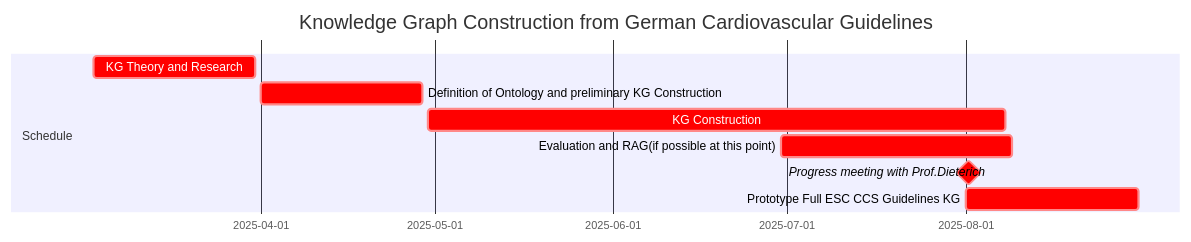
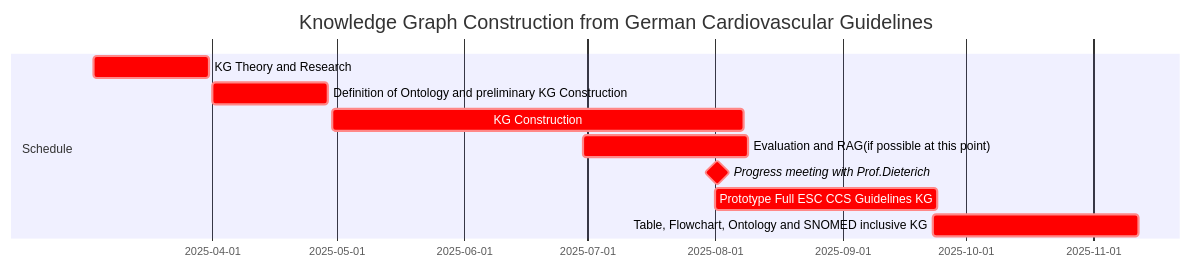
Before and after one commit to dieterich-lab/CardioGuidelinesGraph: the diagram in README.md, drawn with Mermaid.

Commit message:
Update README.md
Updated Gantt chart

````diff
--- a/README.md
+++ b/README.md
@@ -25,13 +25,14 @@
 ```mermaid
 gantt
     title Knowledge Graph Construction from German Cardiovascular Guidelines
     dateFormat  YYYY-MM-DD
     section Schedule
     KG Theory and Research :crit, m1, 2025-03-03, 28d
     Definition of Ontology and preliminary KG Construction:crit, m2, 2025-04-01, 28d
     KG Construction:crit, m3, 2025-04-30, 100d
     Evaluation and RAG(if possible at this point):crit, m3, 2025-06-30, 40d
     Progress meeting with Prof.Dieterich:milestone, crit, 2025-08-01, 1d
-    Prototype Full ESC CCS Guidelines KG:crit, m3, 2025-08-01, 30d
+    Prototype Full ESC CCS Guidelines KG:crit, m3, 2025-08-01, 54d
+    Table, Flowchart, Ontology and SNOMED inclusive KG:crit, m3, 2025-09-23, 50d
    
 ```
````
